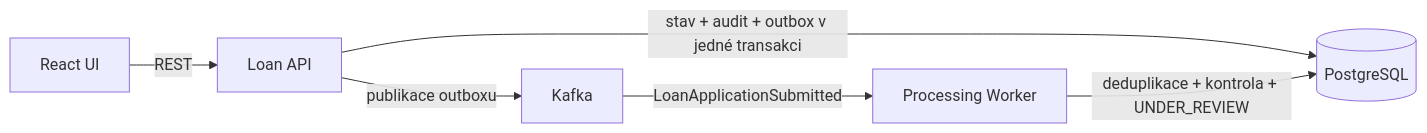
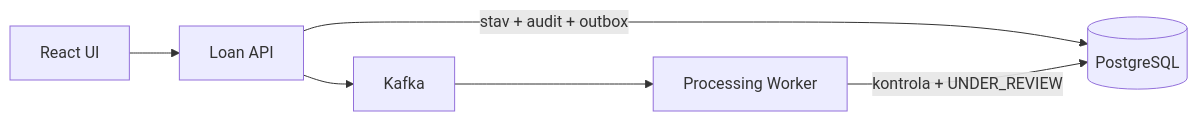
The diagram in README.md (matyzatka/devbank-loan-platform), drawn with Mermaid before and after one commit. The commit also changed other lines of this file and 11 other files, not shown here.

Commit message:
Consolidate documentation and strengthen architecture evidence

````diff
--- a/README.md
+++ b/README.md
@@ -147,8 +27,8 @@
 ```mermaid
 flowchart LR
-    UI["React UI"] -->|REST| API["Loan API"]
-    API -->|stav + audit + outbox v jedné transakci| DB[(PostgreSQL)]
-    API -->|publikace outboxu| K[Kafka]
-    K -->|LoanApplicationSubmitted| W["Processing Worker"]
-    W -->|deduplikace + kontrola + UNDER_REVIEW| DB
+    UI["React UI"] --> API["Loan API"]
+    API -->|"stav + audit + outbox"| DB[("PostgreSQL")]
+    API --> K["Kafka"]
+    K --> W["Processing Worker"]
+    W -->|"kontrola + UNDER_REVIEW"| DB
 ```
````
